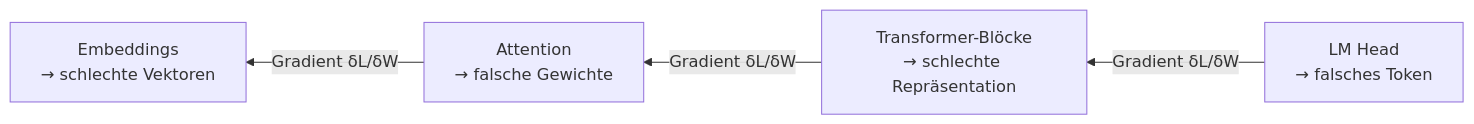
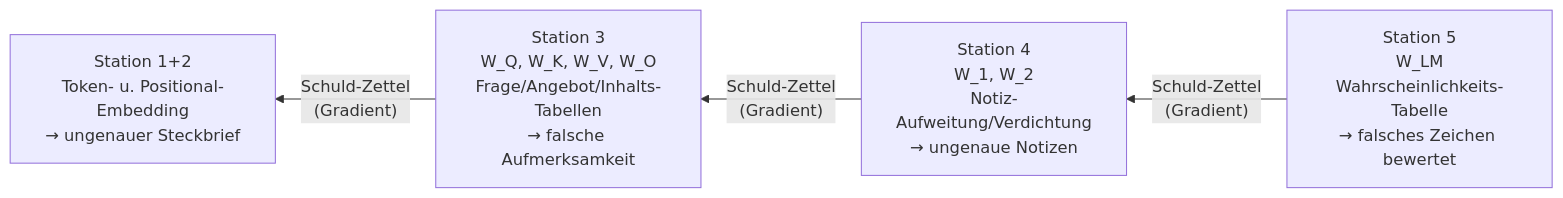
One commit to eidmanna/mini-llm-transformer changed the fifth of 9 diagrams in docs/explainers/how-it-works.md. Above: the diagram before and after it, drawn with Mermaid. The commit also changed other lines of this file and 1 other file, not shown here.

````diff
--- a/docs/explainers/how-it-works.md
+++ b/docs/explainers/how-it-works.md
@@ -309,10 +323,10 @@
 ```mermaid
 flowchart RL
-    LMH["LM Head\n→ falsches Token"]
-    BLK["Transformer-Blöcke\n→ schlechte Repräsentation"]
-    ATT["Attention\n→ falsche Gewichte"]
-    EMB["Embeddings\n→ schlechte Vektoren"]
-    LMH -->|"Gradient δL/δW"| BLK
-    BLK -->|"Gradient δL/δW"| ATT
-    ATT -->|"Gradient δL/δW"| EMB
+    LMH["Station 5\nW_LM\nWahrscheinlichkeits-Tabelle\n→ falsches Zeichen bewertet"]
+    FFN["Station 4\nW_1, W_2\nNotiz-Aufweitung/Verdichtung\n→ ungenaue Notizen"]
+    ATT["Station 3\nW_Q, W_K, W_V, W_O\nFrage/Angebot/Inhalts-Tabellen\n→ falsche Aufmerksamkeit"]
+    EMB["Station 1+2\nToken- u. Positional-Embedding\n→ ungenauer Steckbrief"]
+    LMH -->|"Schuld-Zettel\n(Gradient)"| FFN
+    FFN -->|"Schuld-Zettel\n(Gradient)"| ATT
+    ATT -->|"Schuld-Zettel\n(Gradient)"| EMB
 ```
````
